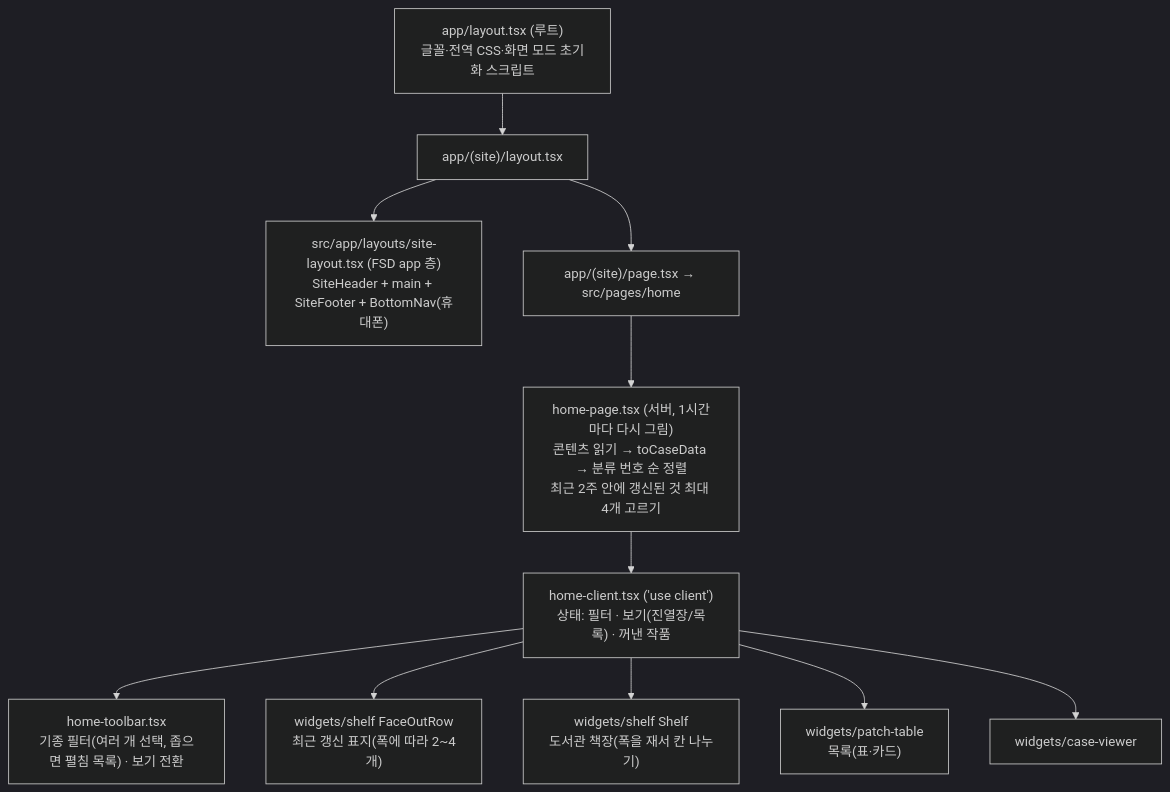
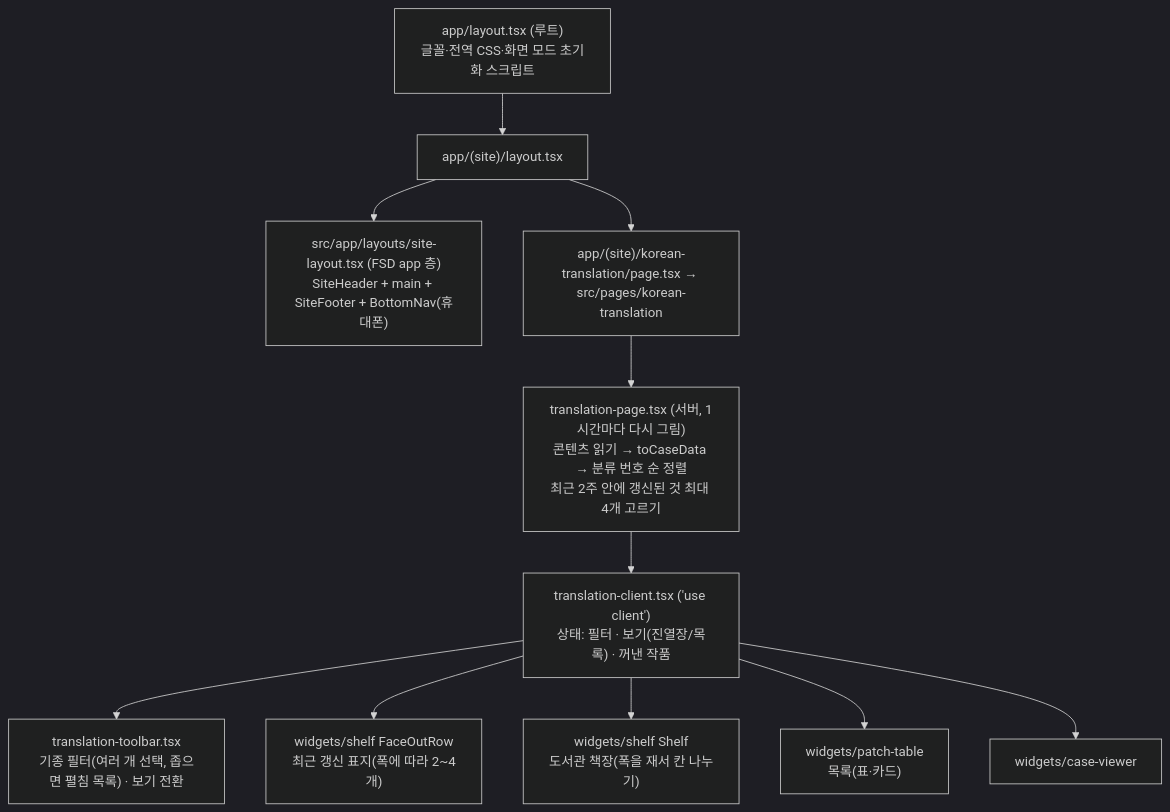
One commit to arqhive/arqhive-web changed diagram 14 of 16 in docs/learning/app-flow.md. Above: the diagram before and after it, drawn with Mermaid (dark theme). The commit also changed other lines of this file and 19 other files, not shown here.

````diff
--- a/docs/learning/app-flow.md
+++ b/docs/learning/app-flow.md
@@ -288,13 +293,13 @@
 ```mermaid
 flowchart TB
   root["app/layout.tsx (루트)<br/>글꼴·전역 CSS·화면 모드 초기화 스크립트"] --> grp["app/(site)/layout.tsx"]
   grp --> sl["src/app/layouts/site-layout.tsx (FSD app 층)<br/>SiteHeader + main + SiteFooter + BottomNav(휴대폰)"]
-  grp --> page["app/(site)/page.tsx → src/pages/home"]
-  page --> hp["home-page.tsx (서버, 1시간마다 다시 그림)<br/>콘텐츠 읽기 → toCaseData → 분류 번호 순 정렬<br/>최근 2주 안에 갱신된 것 최대 4개 고르기"]
-  hp --> hc["home-client.tsx ('use client')<br/>상태: 필터 · 보기(진열장/목록) · 꺼낸 작품"]
-  hc --> tb["home-toolbar.tsx<br/>기종 필터(여러 개 선택, 좁으면 펼침 목록) · 보기 전환"]
+  grp --> page["app/(site)/korean-translation/page.tsx → src/pages/korean-translation"]
+  page --> hp["translation-page.tsx (서버, 1시간마다 다시 그림)<br/>콘텐츠 읽기 → toCaseData → 분류 번호 순 정렬<br/>최근 2주 안에 갱신된 것 최대 4개 고르기"]
+  hp --> hc["translation-client.tsx ('use client')<br/>상태: 필터 · 보기(진열장/목록) · 꺼낸 작품"]
+  hc --> tb["translation-toolbar.tsx<br/>기종 필터(여러 개 선택, 좁으면 펼침 목록) · 보기 전환"]
   hc --> fo["widgets/shelf FaceOutRow<br/>최근 갱신 표지(폭에 따라 2~4개)"]
   hc --> sh["widgets/shelf Shelf<br/>도서관 책장(폭을 재서 칸 나누기)"]
   hc --> pt["widgets/patch-table<br/>목록(표·카드)"]
   hc --> cv["widgets/case-viewer"]
 ```
````
